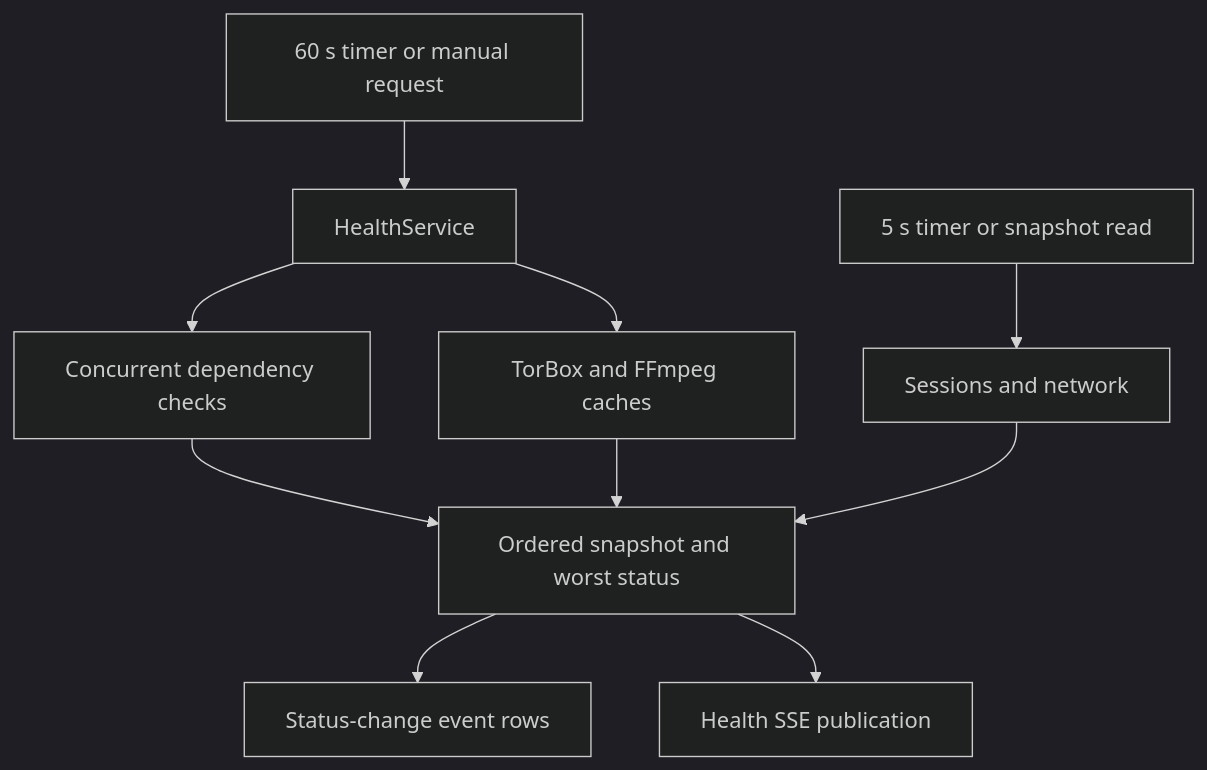
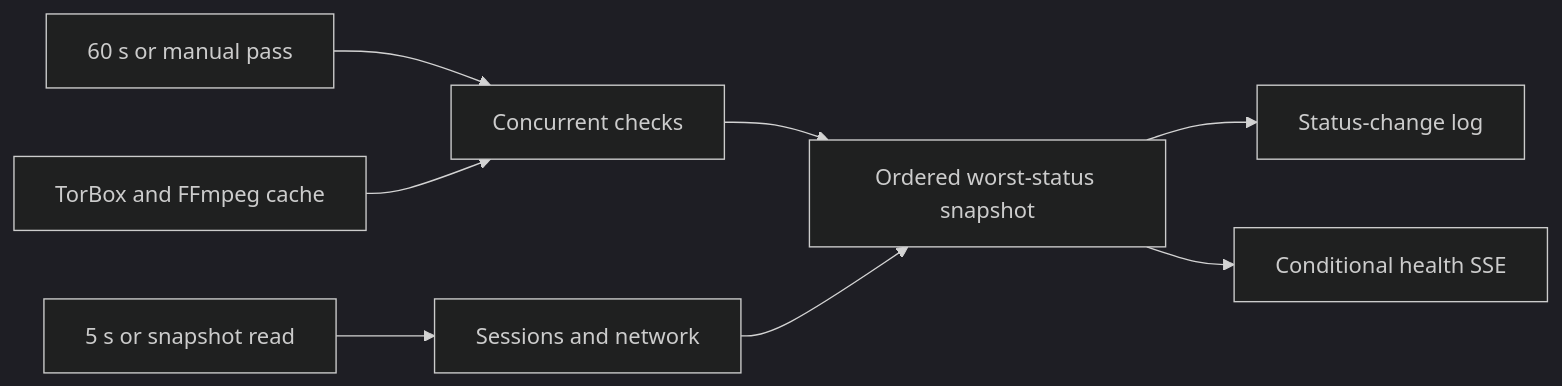
One commit to VeroxAUS/homestream changed the diagram in droid-wiki/systems/health.md. Above: the diagram before and after it, drawn with Mermaid (dark theme). The commit also changed other lines of this file and 57 other files, not shown here.

````diff
--- a/droid-wiki/systems/health.md
+++ b/droid-wiki/systems/health.md
@@ -30,12 +24,10 @@
 ```mermaid
-graph TD
-    Timer[60 s timer or manual request] --> Service[HealthService]
-    Service --> Checks[Concurrent dependency checks]
-    Service --> Cached[TorBox and FFmpeg caches]
-    Live[5 s timer or snapshot read] --> Cheap[Sessions and network]
-    Checks --> Snapshot[Ordered snapshot and worst status]
-    Cached --> Snapshot
-    Cheap --> Snapshot
-    Snapshot --> Events[Status-change event rows]
-    Snapshot --> SSE[Health SSE publication]
+graph LR
+    Full[60 s or manual pass] --> Checks[Concurrent checks]
+    Cache[TorBox and FFmpeg cache] --> Checks
+    Live[5 s or snapshot read] --> Memory[Sessions and network]
+    Checks --> Snapshot[Ordered worst-status snapshot]
+    Memory --> Snapshot
+    Snapshot --> Events[Status-change log]
+    Snapshot --> Stream[Conditional health SSE]
 ```
````
